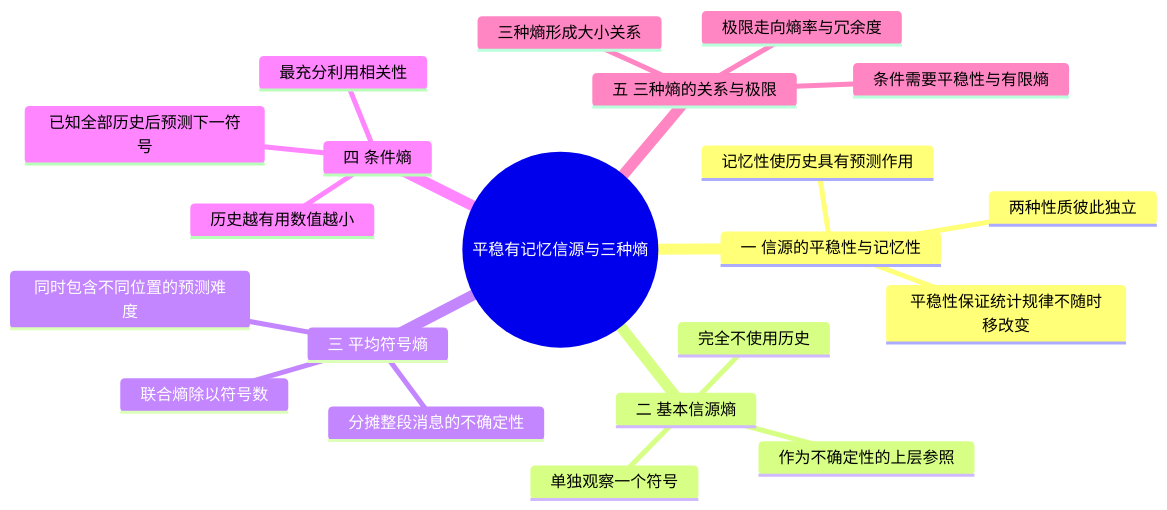
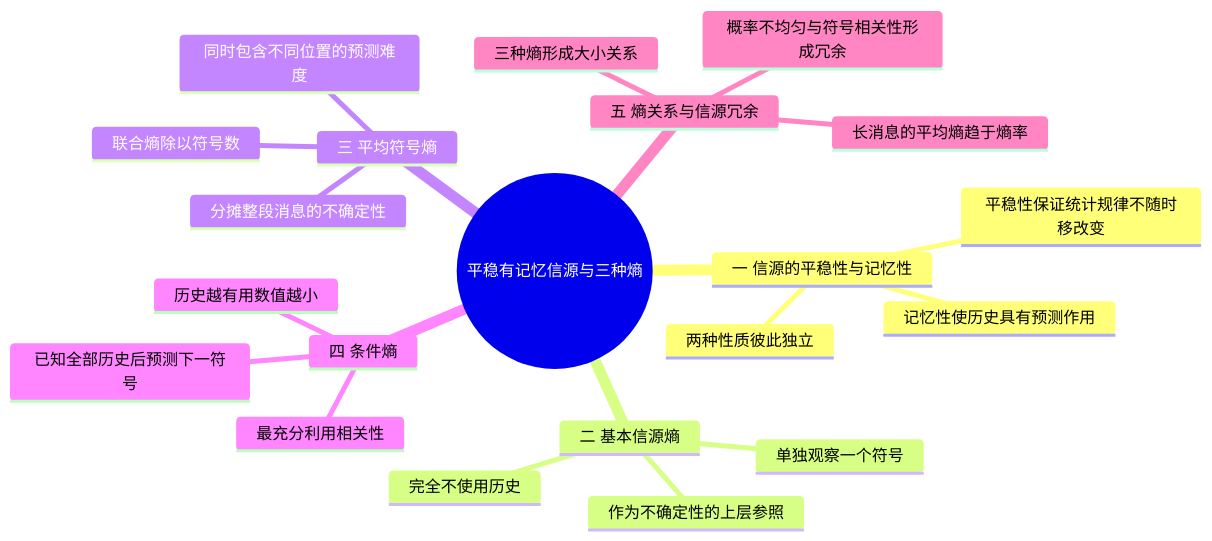
The diagram in 学习/学校课程/信息论基础（2学分）/05 第5课 平稳有记忆信源与三种熵.md (3280441136-lab/My_Obsidian_Notes), drawn with Mermaid before and after one commit. The commit also changed other lines of this file and 6 other files, not shown here.

````diff
--- a/学习/学校课程/信息论基础（2学分）/05 第5课 平稳有记忆信源与三种熵.md
+++ b/学习/学校课程/信息论基础（2学分）/05 第5课 平稳有记忆信源与三种熵.md
@@ -5,24 +5,24 @@
 ```mermaid
 mindmap
   root((平稳有记忆信源与三种熵))
     一 信源的平稳性与记忆性
       平稳性保证统计规律不随时移改变
       记忆性使历史具有预测作用
       两种性质彼此独立
     二 基本信源熵
       单独观察一个符号
       完全不使用历史
       作为不确定性的上层参照
     三 平均符号熵
       联合熵除以符号数
       分摊整段消息的不确定性
       同时包含不同位置的预测难度
     四 条件熵
       已知全部历史后预测下一符号
       最充分利用相关性
       历史越有用数值越小
-    五 三种熵的关系与极限
+    五 熵关系与信源冗余
       三种熵形成大小关系
-      条件需要平稳性与有限熵
-      极限走向熵率与冗余度
+      长消息的平均熵趋于熵率
+      概率不均匀与符号相关性形成冗余
 ```
````
